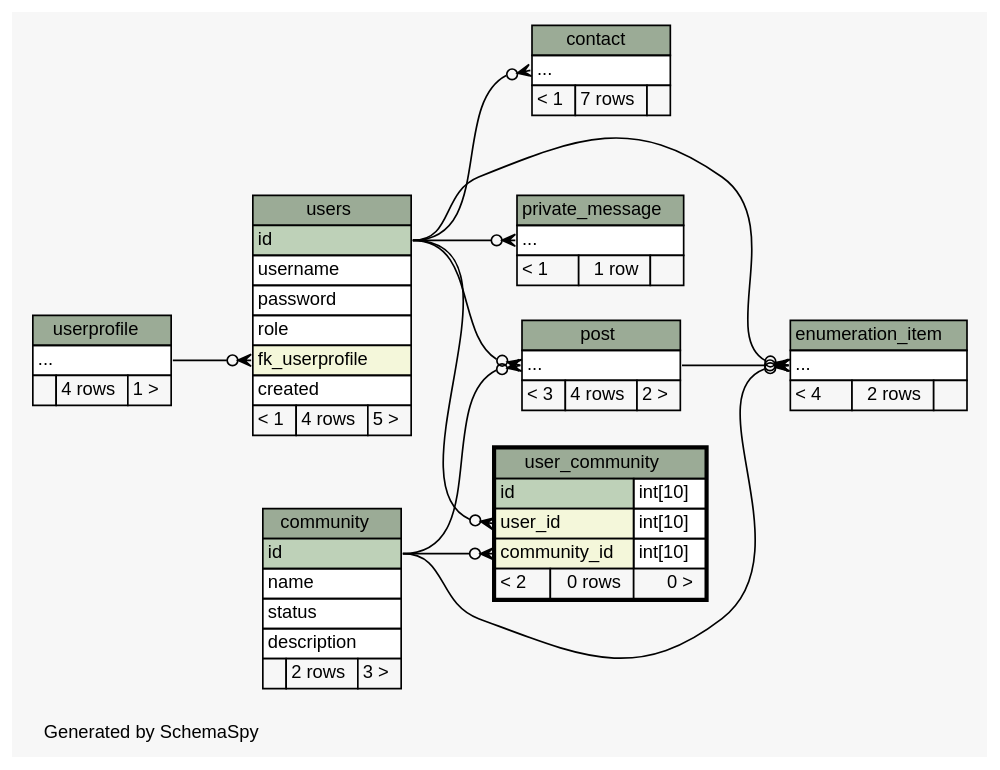
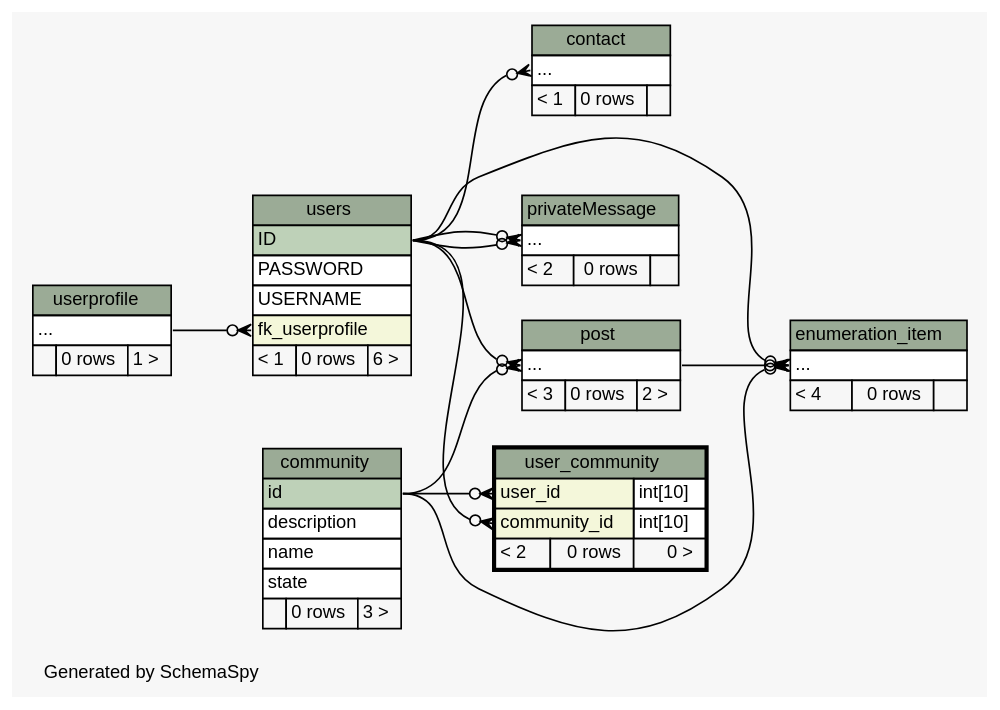
Before and after one commit to chr-krenn/chr-krenn-fhj-ws2017-sd17-pse: the diagram in doc/db_schema/diagrams/user_community.2degrees.dot, drawn with Graphviz. The commit also changed 60 other files, not shown here.

```diff
--- a/doc/db_schema/diagrams/user_community.2degrees.dot
+++ b/doc/db_schema/diagrams/user_community.2degrees.dot
@@ -1,122 +1,120 @@
 // dot 2.40.1 on Linux 4.12.5-300.fc26.x86_64
 // SchemaSpy rev 590
 digraph "twoDegreesRelationshipsDiagram" {
   graph [
     rankdir="RL"
     bgcolor="#f7f7f7"
     label="\nGenerated by SchemaSpy"
     labeljust="l"
     nodesep="0.18"
     ranksep="0.46"
     fontname="Helvetica"
     fontsize="11"
   ];
   node [
     fontname="Helvetica"
     fontsize="11"
     shape="plaintext"
   ];
   edge [
     arrowsize="0.8"
   ];
-  "contact":"elipses":w -> "users":"id":e [arrowhead=none dir=back arrowtail=crowodot];
+  "contact":"elipses":w -> "users":"ID":e [arrowhead=none dir=back arrowtail=crowodot];
   "enumeration_item":"elipses":w -> "community":"id":e [arrowhead=none dir=back arrowtail=crowodot];
   "enumeration_item":"elipses":w -> "post":"elipses":e [arrowhead=none dir=back arrowtail=crowodot];
-  "enumeration_item":"elipses":w -> "users":"id":e [arrowhead=none dir=back arrowtail=crowodot];
+  "enumeration_item":"elipses":w -> "users":"ID":e [arrowhead=none dir=back arrowtail=crowodot];
   "post":"elipses":w -> "community":"id":e [arrowhead=none dir=back arrowtail=crowodot];
-  "post":"elipses":w -> "users":"id":e [arrowhead=none dir=back arrowtail=crowodot];
-  "private_message":"elipses":w -> "users":"id":e [arrowhead=none dir=back arrowtail=crowodot];
-  "user_community":"community_id":w -> "community":"id":e [arrowhead=none dir=back arrowtail=crowodot];
-  "user_community":"user_id":w -> "users":"id":e [arrowhead=none dir=back arrowtail=crowodot];
+  "post":"elipses":w -> "users":"ID":e [arrowhead=none dir=back arrowtail=crowodot];
+  "privateMessage":"elipses":w -> "users":"ID":e [arrowhead=none dir=back arrowtail=crowodot];
+  "privateMessage":"elipses":w -> "users":"ID":e [arrowhead=none dir=back arrowtail=crowodot];
+  "user_community":"community_id":w -> "users":"ID":e [arrowhead=none dir=back arrowtail=crowodot];
+  "user_community":"user_id":w -> "community":"id":e [arrowhead=none dir=back arrowtail=crowodot];
   "users":"fk_userprofile":w -> "userprofile":"elipses":e [arrowhead=none dir=back arrowtail=crowodot];
   "community" [
     label=<
     <TABLE BORDER="0" CELLBORDER="1" CELLSPACING="0" BGCOLOR="#ffffff">
       <TR><TD COLSPAN="3" BGCOLOR="#9bab96" ALIGN="CENTER">community</TD></TR>
       <TR><TD PORT="id" COLSPAN="3" BGCOLOR="#bed1b8" ALIGN="LEFT">id</TD></TR>
+      <TR><TD PORT="description" COLSPAN="3" ALIGN="LEFT">description</TD></TR>
       <TR><TD PORT="name" COLSPAN="3" ALIGN="LEFT">name</TD></TR>
-      <TR><TD PORT="status" COLSPAN="3" ALIGN="LEFT">status</TD></TR>
-      <TR><TD PORT="description" COLSPAN="3" ALIGN="LEFT">description</TD></TR>
-      <TR><TD ALIGN="LEFT" BGCOLOR="#f7f7f7">  </TD><TD ALIGN="RIGHT" BGCOLOR="#f7f7f7">2 rows</TD><TD ALIGN="RIGHT" BGCOLOR="#f7f7f7">3 &gt;</TD></TR>
+      <TR><TD PORT="state" COLSPAN="3" ALIGN="LEFT">state</TD></TR>
+      <TR><TD ALIGN="LEFT" BGCOLOR="#f7f7f7">  </TD><TD ALIGN="RIGHT" BGCOLOR="#f7f7f7">0 rows</TD><TD ALIGN="RIGHT" BGCOLOR="#f7f7f7">3 &gt;</TD></TR>
     </TABLE>>
     URL="community.html"
     tooltip="community"
   ];
   "contact" [
     label=<
     <TABLE BORDER="0" CELLBORDER="1" CELLSPACING="0" BGCOLOR="#ffffff">
       <TR><TD COLSPAN="3" BGCOLOR="#9bab96" ALIGN="CENTER">contact</TD></TR>
       <TR><TD PORT="elipses" COLSPAN="3" ALIGN="LEFT">...</TD></TR>
-      <TR><TD ALIGN="LEFT" BGCOLOR="#f7f7f7">&lt; 1</TD><TD ALIGN="RIGHT" BGCOLOR="#f7f7f7">7 rows</TD><TD ALIGN="RIGHT" BGCOLOR="#f7f7f7">  </TD></TR>
+      <TR><TD ALIGN="LEFT" BGCOLOR="#f7f7f7">&lt; 1</TD><TD ALIGN="RIGHT" BGCOLOR="#f7f7f7">0 rows</TD><TD ALIGN="RIGHT" BGCOLOR="#f7f7f7">  </TD></TR>
     </TABLE>>
     URL="contact.html"
     tooltip="contact"
   ];
   "enumeration_item" [
     label=<
     <TABLE BORDER="0" CELLBORDER="1" CELLSPACING="0" BGCOLOR="#ffffff">
       <TR><TD COLSPAN="3" BGCOLOR="#9bab96" ALIGN="CENTER">enumeration_item</TD></TR>
       <TR><TD PORT="elipses" COLSPAN="3" ALIGN="LEFT">...</TD></TR>
-      <TR><TD ALIGN="LEFT" BGCOLOR="#f7f7f7">&lt; 4</TD><TD ALIGN="RIGHT" BGCOLOR="#f7f7f7">2 rows</TD><TD ALIGN="RIGHT" BGCOLOR="#f7f7f7">  </TD></TR>
+      <TR><TD ALIGN="LEFT" BGCOLOR="#f7f7f7">&lt; 4</TD><TD ALIGN="RIGHT" BGCOLOR="#f7f7f7">0 rows</TD><TD ALIGN="RIGHT" BGCOLOR="#f7f7f7">  </TD></TR>
     </TABLE>>
     URL="enumeration_item.html"
     tooltip="enumeration_item"
   ];
   "post" [
     label=<
     <TABLE BORDER="0" CELLBORDER="1" CELLSPACING="0" BGCOLOR="#ffffff">
       <TR><TD COLSPAN="3" BGCOLOR="#9bab96" ALIGN="CENTER">post</TD></TR>
       <TR><TD PORT="elipses" COLSPAN="3" ALIGN="LEFT">...</TD></TR>
-      <TR><TD ALIGN="LEFT" BGCOLOR="#f7f7f7">&lt; 3</TD><TD ALIGN="RIGHT" BGCOLOR="#f7f7f7">4 rows</TD><TD ALIGN="RIGHT" BGCOLOR="#f7f7f7">2 &gt;</TD></TR>
+      <TR><TD ALIGN="LEFT" BGCOLOR="#f7f7f7">&lt; 3</TD><TD ALIGN="RIGHT" BGCOLOR="#f7f7f7">0 rows</TD><TD ALIGN="RIGHT" BGCOLOR="#f7f7f7">2 &gt;</TD></TR>
     </TABLE>>
     URL="post.html"
     tooltip="post"
   ];
-  "private_message" [
+  "privateMessage" [
     label=<
     <TABLE BORDER="0" CELLBORDER="1" CELLSPACING="0" BGCOLOR="#ffffff">
-      <TR><TD COLSPAN="3" BGCOLOR="#9bab96" ALIGN="CENTER">private_message</TD></TR>
+      <TR><TD COLSPAN="3" BGCOLOR="#9bab96" ALIGN="CENTER">privateMessage</TD></TR>
       <TR><TD PORT="elipses" COLSPAN="3" ALIGN="LEFT">...</TD></TR>
-      <TR><TD ALIGN="LEFT" BGCOLOR="#f7f7f7">&lt; 1</TD><TD ALIGN="RIGHT" BGCOLOR="#f7f7f7">1 row</TD><TD ALIGN="RIGHT" BGCOLOR="#f7f7f7">  </TD></TR>
+      <TR><TD ALIGN="LEFT" BGCOLOR="#f7f7f7">&lt; 2</TD><TD ALIGN="RIGHT" BGCOLOR="#f7f7f7">0 rows</TD><TD ALIGN="RIGHT" BGCOLOR="#f7f7f7">  </TD></TR>
     </TABLE>>
-    URL="private_message.html"
-    tooltip="private_message"
+    URL="privateMessage.html"
+    tooltip="privateMessage"
   ];
   "user_community" [
     label=<
     <TABLE BORDER="2" CELLBORDER="1" CELLSPACING="0" BGCOLOR="#ffffff">
       <TR><TD COLSPAN="3" BGCOLOR="#9bab96" ALIGN="CENTER">user_community</TD></TR>
-      <TR><TD PORT="id" COLSPAN="2" BGCOLOR="#bed1b8" ALIGN="LEFT">id</TD><TD PORT="id.type" ALIGN="LEFT">int[10]</TD></TR>
       <TR><TD PORT="user_id" COLSPAN="2" BGCOLOR="#f4f7da" ALIGN="LEFT">user_id</TD><TD PORT="user_id.type" ALIGN="LEFT">int[10]</TD></TR>
       <TR><TD PORT="community_id" COLSPAN="2" BGCOLOR="#f4f7da" ALIGN="LEFT">community_id</TD><TD PORT="community_id.type" ALIGN="LEFT">int[10]</TD></TR>
       <TR><TD ALIGN="LEFT" BGCOLOR="#f7f7f7">&lt; 2</TD><TD ALIGN="RIGHT" BGCOLOR="#f7f7f7">0 rows</TD><TD ALIGN="RIGHT" BGCOLOR="#f7f7f7">0 &gt;</TD></TR>
     </TABLE>>
     URL="user_community.html"
     tooltip="user_community"
   ];
   "userprofile" [
     label=<
     <TABLE BORDER="0" CELLBORDER="1" CELLSPACING="0" BGCOLOR="#ffffff">
       <TR><TD COLSPAN="3" BGCOLOR="#9bab96" ALIGN="CENTER">userprofile</TD></TR>
       <TR><TD PORT="elipses" COLSPAN="3" ALIGN="LEFT">...</TD></TR>
-      <TR><TD ALIGN="LEFT" BGCOLOR="#f7f7f7">  </TD><TD ALIGN="RIGHT" BGCOLOR="#f7f7f7">4 rows</TD><TD ALIGN="RIGHT" BGCOLOR="#f7f7f7">1 &gt;</TD></TR>
+      <TR><TD ALIGN="LEFT" BGCOLOR="#f7f7f7">  </TD><TD ALIGN="RIGHT" BGCOLOR="#f7f7f7">0 rows</TD><TD ALIGN="RIGHT" BGCOLOR="#f7f7f7">1 &gt;</TD></TR>
     </TABLE>>
     URL="userprofile.html"
     tooltip="userprofile"
   ];
   "users" [
     label=<
     <TABLE BORDER="0" CELLBORDER="1" CELLSPACING="0" BGCOLOR="#ffffff">
       <TR><TD COLSPAN="3" BGCOLOR="#9bab96" ALIGN="CENTER">users</TD></TR>
-      <TR><TD PORT="id" COLSPAN="3" BGCOLOR="#bed1b8" ALIGN="LEFT">id</TD></TR>
-      <TR><TD PORT="username" COLSPAN="3" ALIGN="LEFT">username</TD></TR>
-      <TR><TD PORT="password" COLSPAN="3" ALIGN="LEFT">password</TD></TR>
-      <TR><TD PORT="role" COLSPAN="3" ALIGN="LEFT">role</TD></TR>
+      <TR><TD PORT="ID" COLSPAN="3" BGCOLOR="#bed1b8" ALIGN="LEFT">ID</TD></TR>
+      <TR><TD PORT="PASSWORD" COLSPAN="3" ALIGN="LEFT">PASSWORD</TD></TR>
+      <TR><TD PORT="USERNAME" COLSPAN="3" ALIGN="LEFT">USERNAME</TD></TR>
       <TR><TD PORT="fk_userprofile" COLSPAN="3" BGCOLOR="#f4f7da" ALIGN="LEFT">fk_userprofile</TD></TR>
-      <TR><TD PORT="created" COLSPAN="3" ALIGN="LEFT">created</TD></TR>
-      <TR><TD ALIGN="LEFT" BGCOLOR="#f7f7f7">&lt; 1</TD><TD ALIGN="RIGHT" BGCOLOR="#f7f7f7">4 rows</TD><TD ALIGN="RIGHT" BGCOLOR="#f7f7f7">5 &gt;</TD></TR>
+      <TR><TD ALIGN="LEFT" BGCOLOR="#f7f7f7">&lt; 1</TD><TD ALIGN="RIGHT" BGCOLOR="#f7f7f7">0 rows</TD><TD ALIGN="RIGHT" BGCOLOR="#f7f7f7">6 &gt;</TD></TR>
     </TABLE>>
     URL="users.html"
     tooltip="users"
   ];
 }
```
